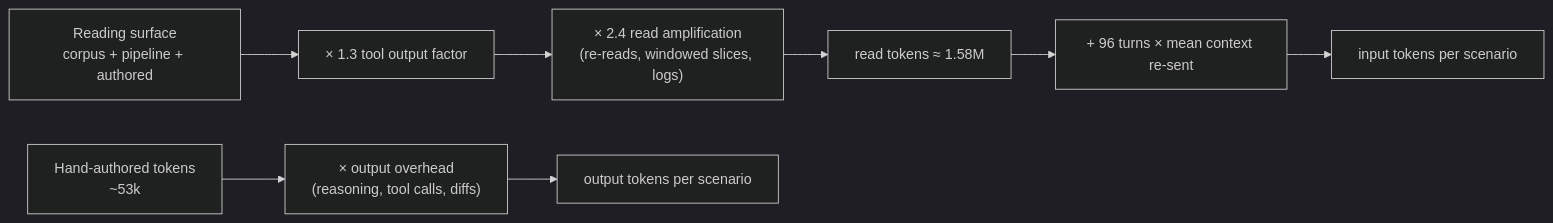
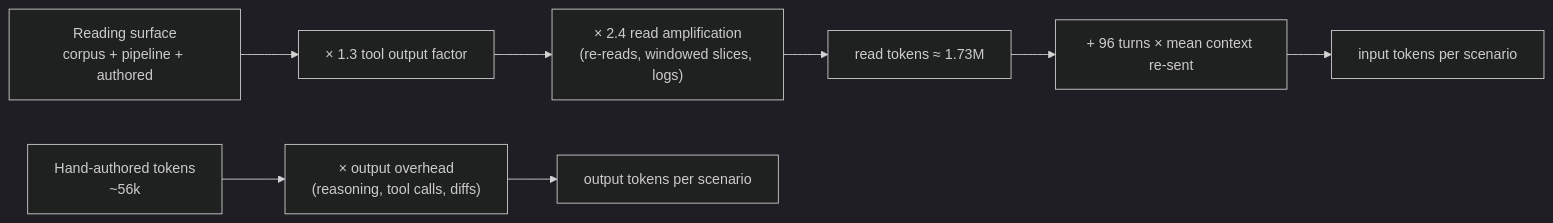
One commit to wezbest/IzRez-1 changed the first of 2 diagrams in W/w1/isr2/src/content/docs/14-site-build-report.md. Above: the diagram before and after it, drawn with Mermaid (dark theme). The commit also changed other lines of this file and 7 other files, not shown here.

````diff
--- a/W/w1/isr2/src/content/docs/14-site-build-report.md
+++ b/W/w1/isr2/src/content/docs/14-site-build-report.md
@@ -106,10 +106,10 @@
 ```mermaid
 flowchart LR
     A["Reading surface<br/>corpus + pipeline + authored"] --> B["× 1.3 tool output factor"]
     B --> C["× 2.4 read amplification<br/>(re-reads, windowed slices, logs)"]
-    C --> D["read tokens ≈ 1.58M"]
+    C --> D["read tokens ≈ 1.73M"]
     D --> E["+ 96 turns × mean context re-sent"]
     E --> F["input tokens per scenario"]
-    G["Hand-authored tokens<br/>~53k"] --> H["× output overhead<br/>(reasoning, tool calls, diffs)"]
+    G["Hand-authored tokens<br/>~56k"] --> H["× output overhead<br/>(reasoning, tool calls, diffs)"]
     H --> I["output tokens per scenario"]
 ```
````
